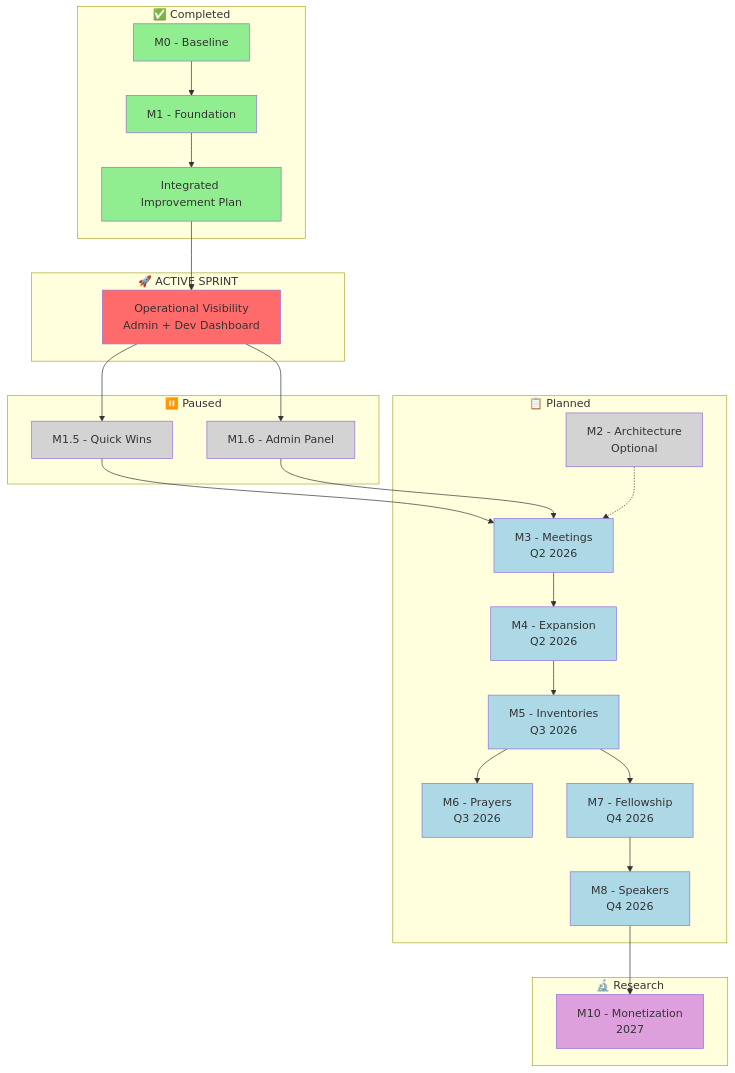
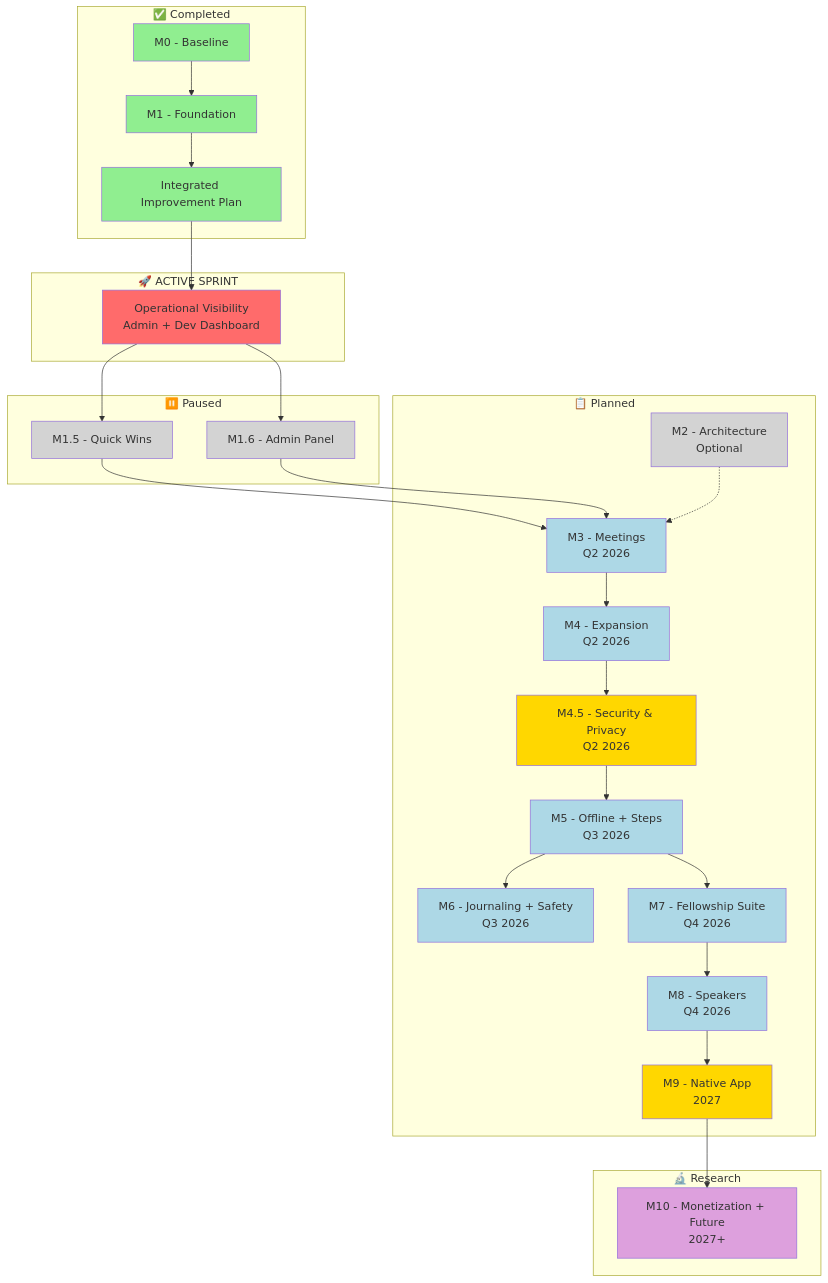
Before and after one commit to jasonmichaelbell78-creator/sonash-v0: the diagram in ROADMAP.md, drawn with Mermaid. The commit also changed other lines of this file and 21 other files, not shown here.

First line of the commit message:
docs: ROADMAP v3.9 reorganization and full analysis artifacts

````diff
--- a/ROADMAP.md
+++ b/ROADMAP.md
@@ -89,61 +103,67 @@
 ```mermaid
 flowchart TD
     subgraph Completed["✅ Completed"]
         M0[M0 - Baseline]
         M1[M1 - Foundation]
         DOC[Integrated Improvement Plan]
     end
 
     subgraph Active["🚀 ACTIVE SPRINT"]
         OVS[Operational Visibility\nAdmin + Dev Dashboard]
     end
 
     subgraph Paused["⏸️ Paused"]
         M15[M1.5 - Quick Wins]
         M16[M1.6 - Admin Panel]
     end
 
     subgraph Future["📋 Planned"]
         M2[M2 - Architecture\nOptional]
         M3[M3 - Meetings\nQ2 2026]
         M4[M4 - Expansion\nQ2 2026]
-        M5[M5 - Inventories\nQ3 2026]
-        M6[M6 - Prayers\nQ3 2026]
-        M7[M7 - Fellowship\nQ4 2026]
+        M45[M4.5 - Security & Privacy\nQ2 2026]
+        M5[M5 - Offline + Steps\nQ3 2026]
+        M6[M6 - Journaling + Safety\nQ3 2026]
+        M7[M7 - Fellowship Suite\nQ4 2026]
         M8[M8 - Speakers\nQ4 2026]
+        M9[M9 - Native App\n2027]
     end
 
     subgraph Research["🔬 Research"]
-        M10[M10 - Monetization\n2027]
+        M10[M10 - Monetization + Future\n2027+]
     end
 
     M0 --> M1
     M1 --> DOC
     DOC --> OVS
     OVS --> M15
     OVS --> M16
     M15 --> M3
     M16 --> M3
     M2 -.-> M3
     M3 --> M4
-    M4 --> M5
+    M4 --> M45
+    M45 --> M5
     M5 --> M6
     M5 --> M7
     M7 --> M8
-    M8 --> M10
+    M8 --> M9
+    M9 --> M10
 
     style M0 fill:#90EE90
     style M1 fill:#90EE90
     style DOC fill:#90EE90
     style OVS fill:#FF6B6B
     style M15 fill:#D3D3D3
     style M16 fill:#D3D3D3
     style M2 fill:#D3D3D3
     style M3 fill:#ADD8E6
     style M4 fill:#ADD8E6
+    style M45 fill:#FFD700
     style M5 fill:#ADD8E6
     style M6 fill:#ADD8E6
     style M7 fill:#ADD8E6
     style M8 fill:#ADD8E6
+    style M9 fill:#FFD700
     style M10 fill:#DDA0DD
 ```
````
